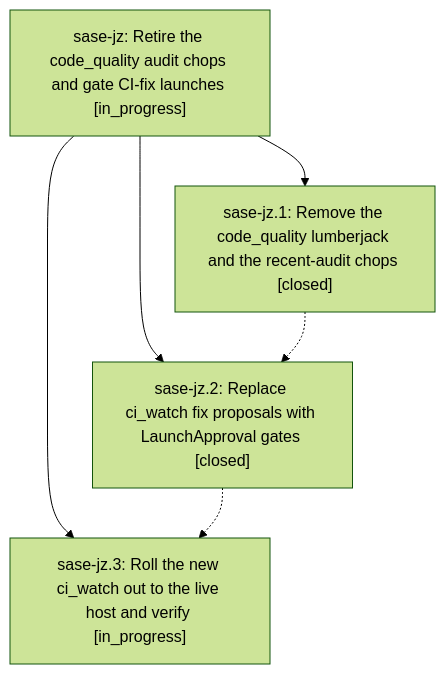
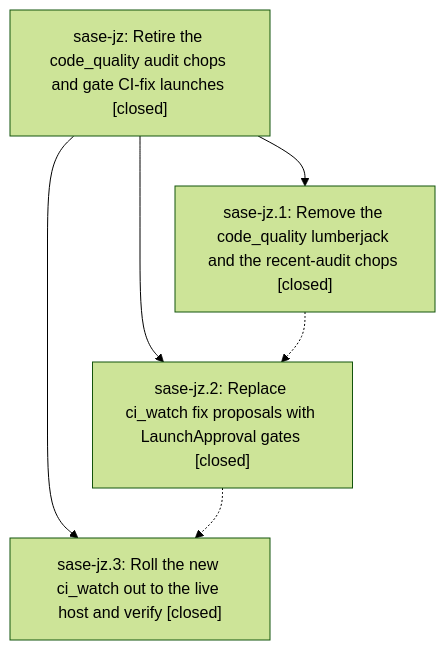
Before and after one commit to sase-org/sase--beads: the diagram in pages/sase-jz/README.md, drawn with Mermaid (forest theme). The commit also changed other lines of this file and 2 other files, not shown here.

First line of the commit message:
chore(beads): sync bead state and pages for sase-jz

````diff
--- a/pages/sase-jz/README.md
+++ b/pages/sase-jz/README.md
@@ -24,12 +34,12 @@
 ```mermaid
 flowchart TD
-    n0["sase-jz: Retire the code_quality audit chops and gate CI-fix launches [in_progress]"]
+    n0["sase-jz: Retire the code_quality audit chops and gate CI-fix launches [closed]"]
     n1["sase-jz.1: Remove the code_quality lumberjack and the recent-audit chops [closed]"]
     n2["sase-jz.2: Replace ci_watch fix proposals with LaunchApproval gates [closed]"]
-    n3["sase-jz.3: Roll the new ci_watch out to the live host and verify [in_progress]"]
+    n3["sase-jz.3: Roll the new ci_watch out to the live host and verify [closed]"]
     n0 --> n1
     n0 --> n2
     n0 --> n3
     n1 -.-> n2
     n2 -.-> n3
 ```
````
